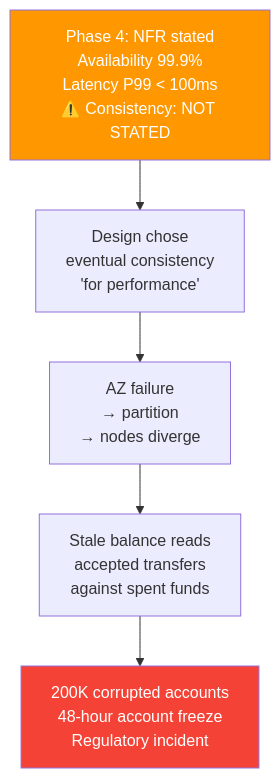
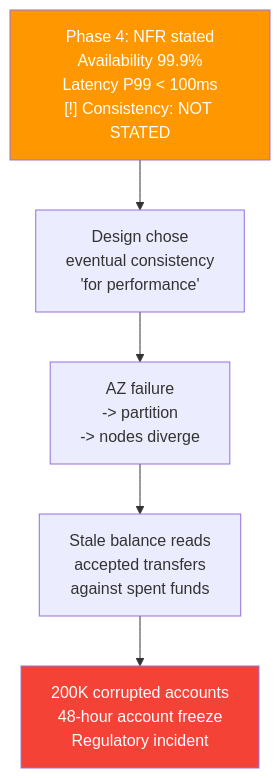
One commit to ranjeetnegi/System-Design-for-Staff-SWE changed the third of 3 diagrams in Section2/Chapter_18_Phase_4_and_5_Non_Functional_Requirements.md. Above: the diagram before and after it, drawn with Mermaid. The commit also changed other lines of this file and 20 other files, not shown here.

````diff
--- a/Section2/Chapter_18_Phase_4_and_5_Non_Functional_Requirements.md
+++ b/Section2/Chapter_18_Phase_4_and_5_Non_Functional_Requirements.md
@@ -1922,9 +1922,9 @@
 ```mermaid
 flowchart TD
-    A["Phase 4: NFR stated\nAvailability 99.9%\nLatency P99 < 100ms\n⚠️ Consistency: NOT STATED"] --> B["Design chose\neventual consistency\n'for performance'"]
-    B --> C["AZ failure\n→ partition\n→ nodes diverge"]
+    A["Phase 4: NFR stated\nAvailability 99.9%\nLatency P99 < 100ms\n[!] Consistency: NOT STATED"] --> B["Design chose\neventual consistency\n'for performance'"]
+    B --> C["AZ failure\n-> partition\n-> nodes diverge"]
     C --> D["Stale balance reads\naccepted transfers\nagainst spent funds"]
     D --> E["200K corrupted accounts\n48-hour account freeze\nRegulatory incident"]
     style A fill:#FF9800,color:#fff
     style E fill:#f44336,color:#fff
 ```
````
